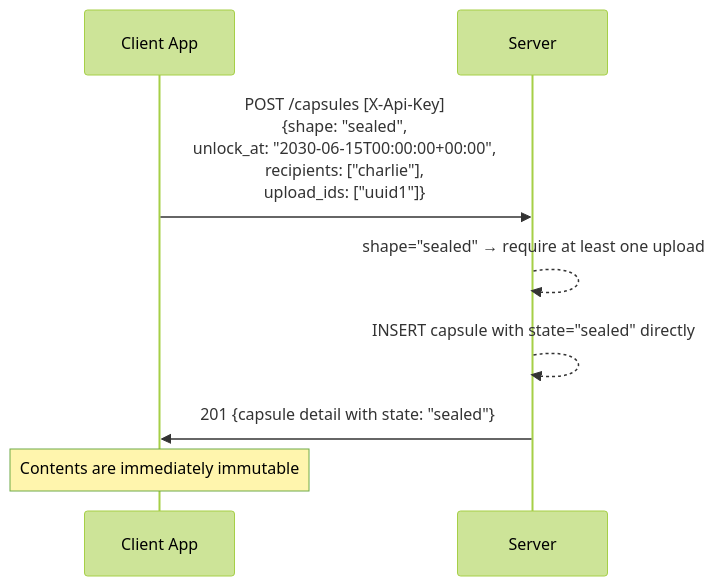
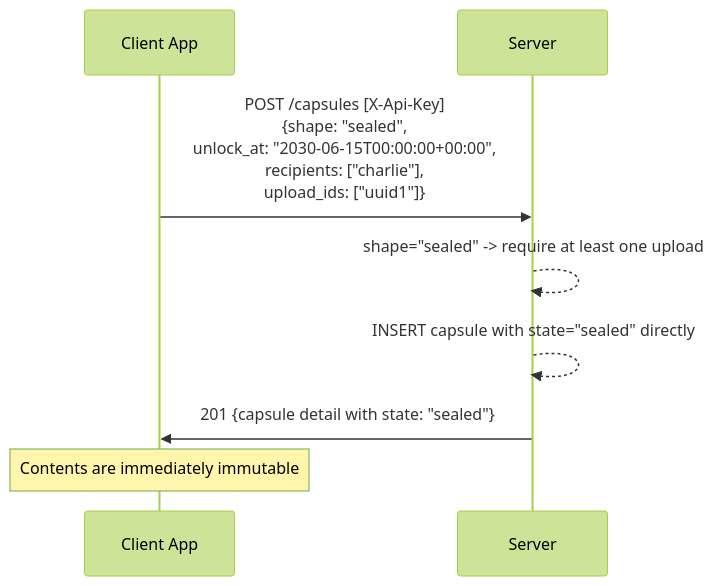
Before and after one commit to bacalv/Heirlooms: the second of 9 diagrams in docs/specs/capsules.md, drawn with Mermaid (forest theme). The commit also changed other lines of this file and 9 other files, not shown here.

First line of the commit message:
docs: fix Mermaid v11 syntax across all spec and testing diagrams

````diff
--- a/docs/specs/capsules.md
+++ b/docs/specs/capsules.md
@@ -67,11 +67,11 @@
 ```mermaid
 sequenceDiagram
     participant App as Client App
     participant S as Server
 
     App->>S: POST /capsules [X-Api-Key]<br/>{shape: "sealed",<br/> unlock_at: "2030-06-15T00:00:00+00:00",<br/> recipients: ["charlie"],<br/> upload_ids: ["uuid1"]}
-    S-->>S: shape="sealed" → require at least one upload
+    S-->>S: shape="sealed" -> require at least one upload
     S-->>S: INSERT capsule with state="sealed" directly
     S->>App: 201 {capsule detail with state: "sealed"}
     Note over App: Contents are immediately immutable
 ```
````
